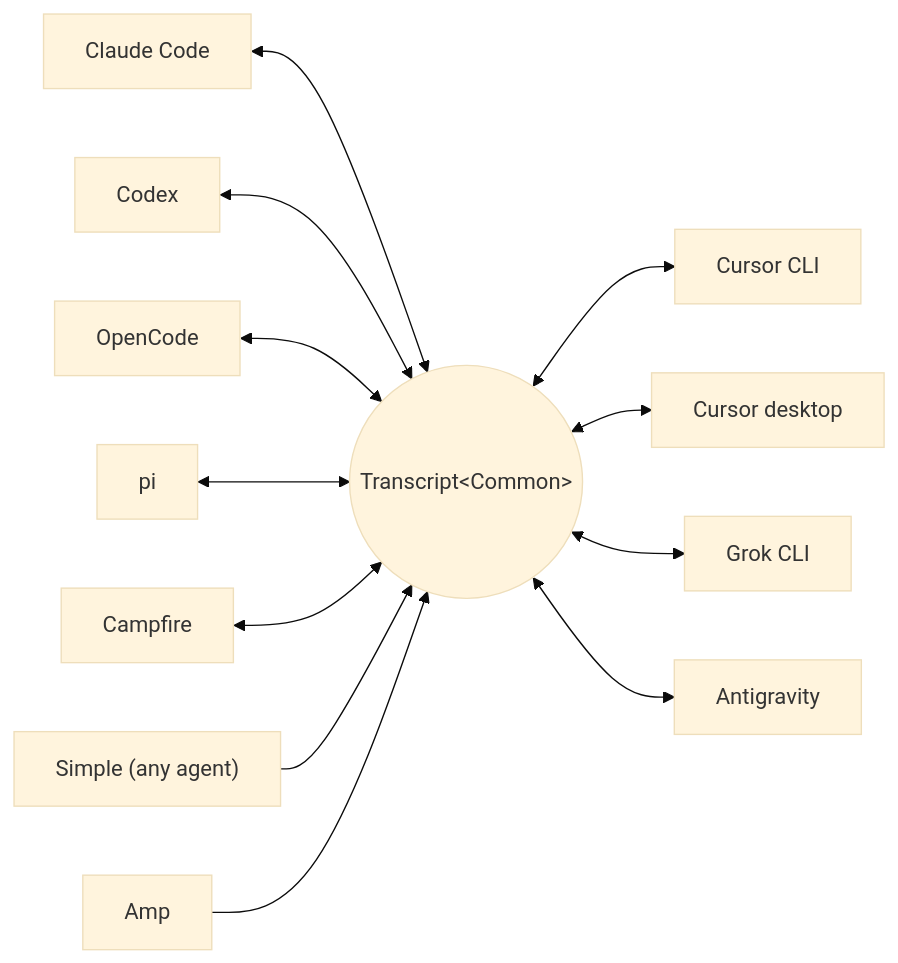
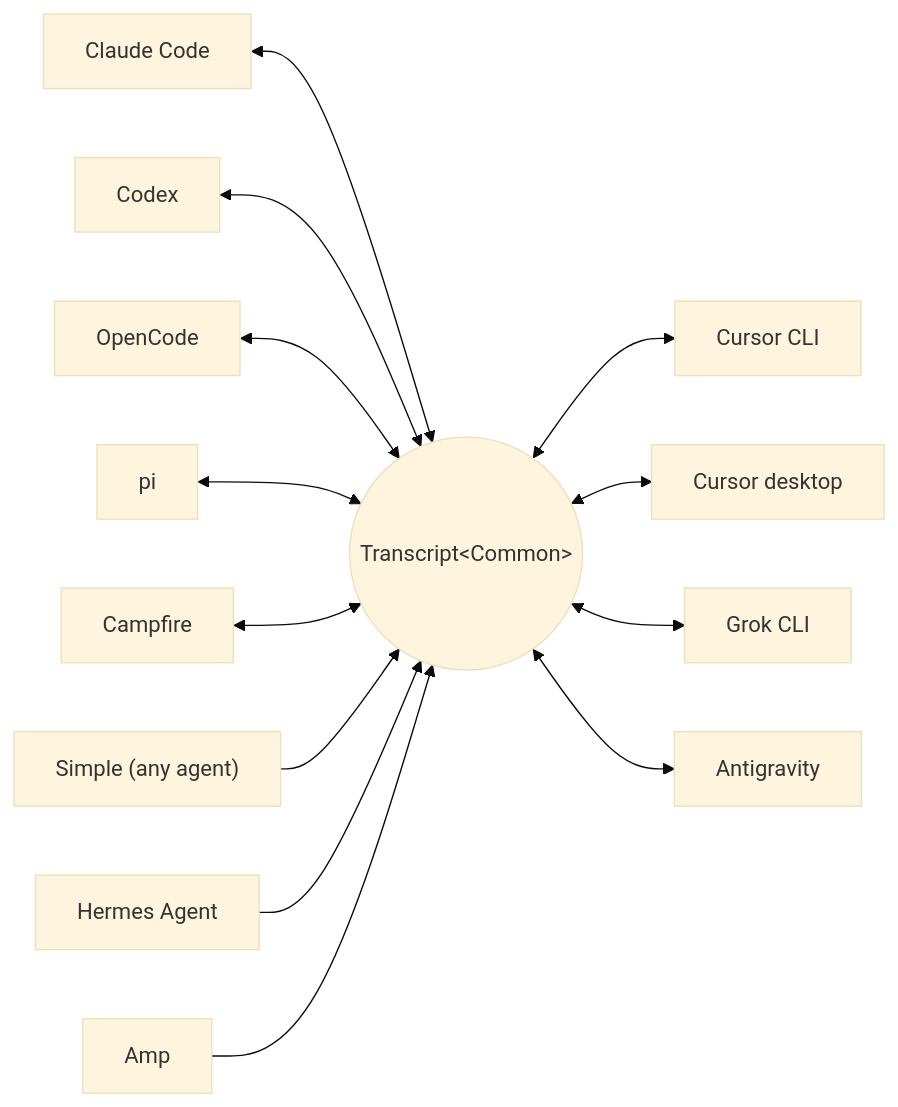
One commit to skillsynchq/txcript changed the diagram in README.md. Above: the diagram before and after it, drawn with Mermaid (base theme). The commit also changed other lines of this file and 14 other files, not shown here.

First line of the commit message:
Add a read-only Hermes Agent harness

````diff
--- a/README.md
+++ b/README.md
@@ -60,14 +60,15 @@
 ```mermaid
 flowchart LR
     claude["Claude Code"] <--> common(("Transcript&lt;Common&gt;"))
     codex["Codex"] <--> common
     opencode["OpenCode"] <--> common
     pi["pi"] <--> common
     campfire["Campfire"] <--> common
     common <--> cursor["Cursor CLI"]
     common <--> cursordesktop["Cursor desktop"]
     common <--> grok["Grok CLI"]
     common <--> antigravity["Antigravity"]
     simple["Simple (any agent)"] --> common
+    hermes["Hermes Agent"] --> common
     amp["Amp"] --> common
 ```
````
